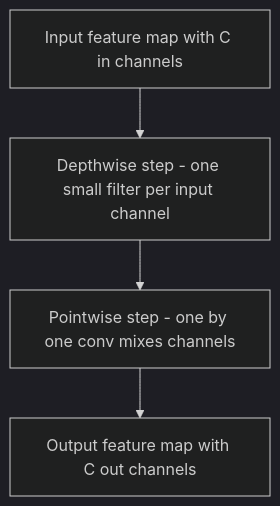
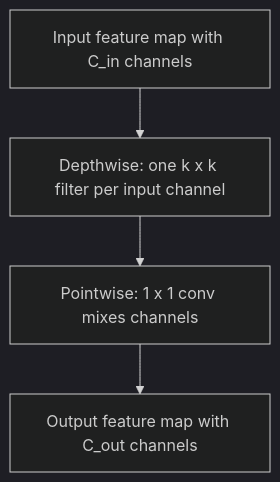
One commit to CODECRUNCHWORLDWIDE/C56-CRUNCH-VISION changed the diagram in curriculum/week-11-deploying-vision-on-the-edge/lecture-notes/01-edge-constraints-and-architectures.md. Above: the diagram before and after it, drawn with Mermaid (dark theme). The commit also changed other lines of this file and 254 other files, not shown here.

Commit message:
docs: add diagrams + sync content from curriculum source

````diff
--- a/curriculum/week-11-deploying-vision-on-the-edge/lecture-notes/01-edge-constraints-and-architectures.md
+++ b/curriculum/week-11-deploying-vision-on-the-edge/lecture-notes/01-edge-constraints-and-architectures.md
@@ -22,6 +61,6 @@
 ```mermaid
 flowchart TD
-  A["Input feature map with C in channels"] --> B["Depthwise step - one small filter per input channel"]
-  B --> C["Pointwise step - one by one conv mixes channels"]
-  C --> D["Output feature map with C out channels"]
+  A["Input feature map with C_in channels"] --> B["Depthwise: one k x k filter per input channel"]
+  B --> C["Pointwise: 1 x 1 conv mixes channels"]
+  C --> D["Output feature map with C_out channels"]
 ```
````
